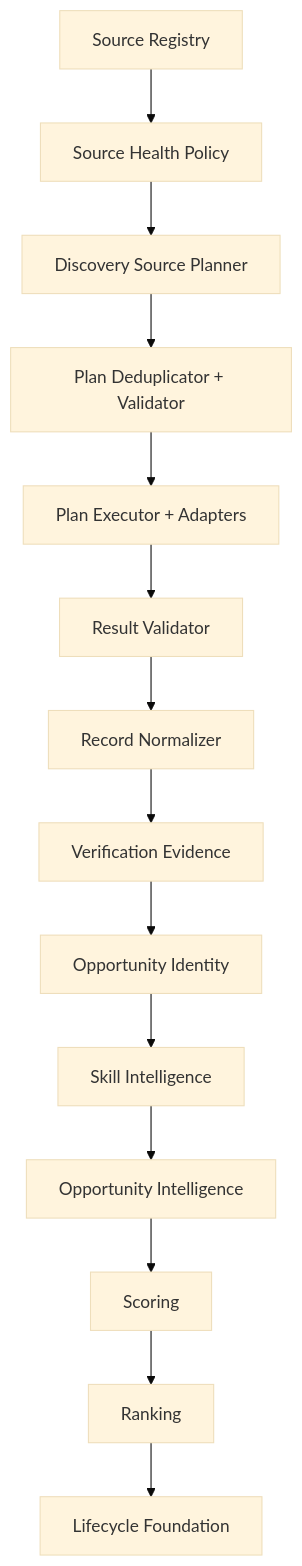
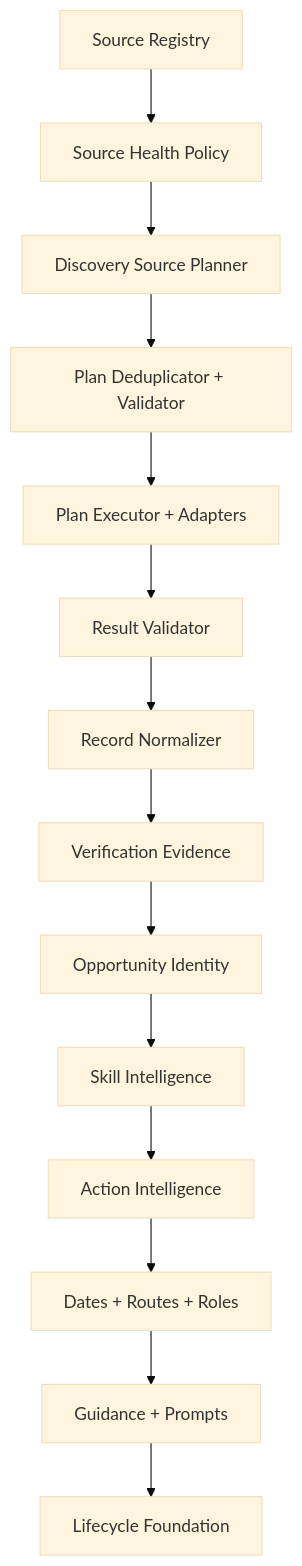
The diagram in docs/architecture.md (Pavan755/event-opportunity-radar), drawn with Mermaid (base theme) before and after one commit. The commit also changed other lines of this file and 6 other files, not shown here.

Commit message:
docs: document radar product and architecture

````diff
--- a/docs/architecture.md
+++ b/docs/architecture.md
@@ -11,16 +11,16 @@
 ```mermaid
 flowchart TD
   A[Source Registry] --> B[Source Health Policy]
   B --> C[Discovery Source Planner]
   C --> D[Plan Deduplicator + Validator]
   D --> E[Plan Executor + Adapters]
   E --> F[Result Validator]
   F --> G[Record Normalizer]
   G --> H[Verification Evidence]
   H --> I[Opportunity Identity]
   I --> J[Skill Intelligence]
-  J --> K[Opportunity Intelligence]
-  K --> L[Scoring]
-  L --> M[Ranking]
+  J --> K[Action Intelligence]
+  K --> L[Dates + Routes + Roles]
+  L --> M[Guidance + Prompts]
   M --> N[Lifecycle Foundation]
 ```
````
